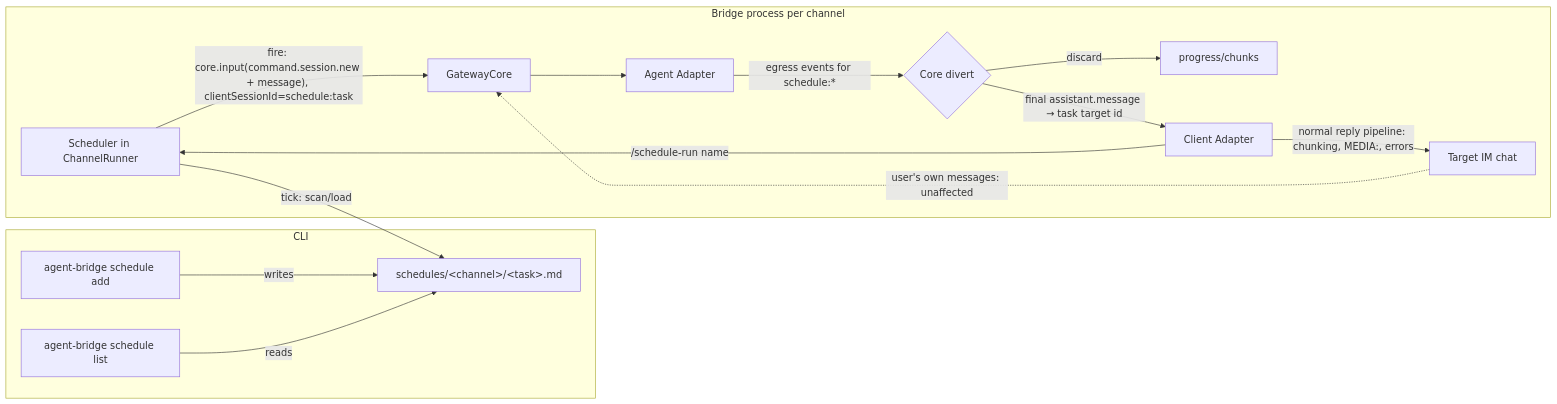
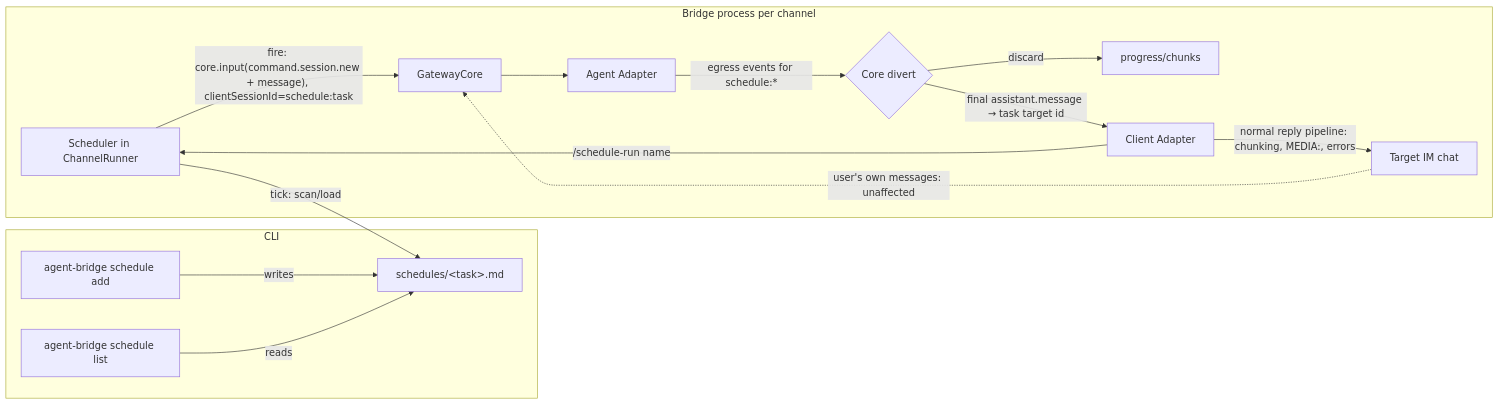
Before and after one commit to HoPGoldy/agent-bridge: the diagram in docs/scheduled-tasks-spec.md, drawn with Mermaid. The commit also changed other lines of this file and 1 other file, not shown here.

Commit message:
docs: update scheduled task docs for channel-agnostic model

````diff
--- a/docs/scheduled-tasks-spec.md
+++ b/docs/scheduled-tasks-spec.md
@@ -154,18 +163,18 @@
 ```mermaid
 graph LR
   subgraph CLI
-    ADD[agent-bridge schedule add] -->|writes| F[schedules/&lt;channel&gt;/&lt;task&gt;.md]
+    ADD[agent-bridge schedule add] -->|writes| F[schedules/&lt;task&gt;.md]
     LS[agent-bridge schedule list] -->|reads| F
   end
   subgraph Bridge process per channel
     SCH[Scheduler in ChannelRunner] -->|tick: scan/load| F
     SCH -->|"fire: core.input(command.session.new + message), clientSessionId=schedule:task"| CORE[GatewayCore]
     CORE --> AG[Agent Adapter]
     AG -->|egress events for schedule:*| DIV{Core divert}
     DIV -->|discard| X[progress/chunks]
     DIV -->|"final assistant.message → task target id"| CA[Client Adapter]
     CA -->|normal reply pipeline: chunking, MEDIA:, errors| CHAT[Target IM chat]
     CA -->|/schedule-run name| SCH
   end
   CHAT -.->|"user's own messages: unaffected"| CORE
 ```
````
